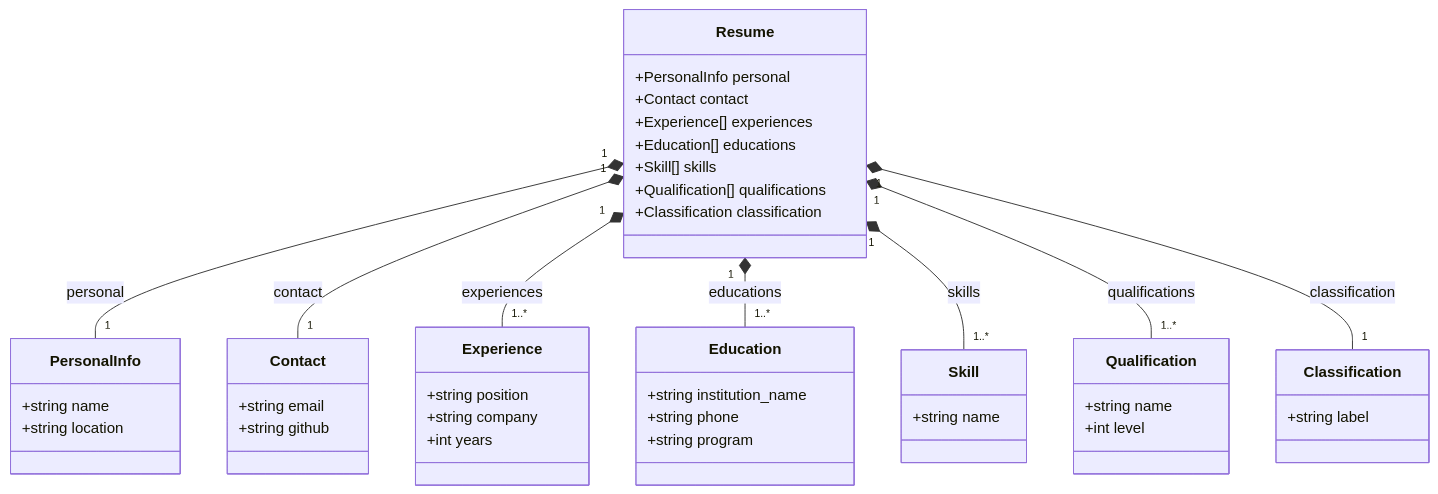
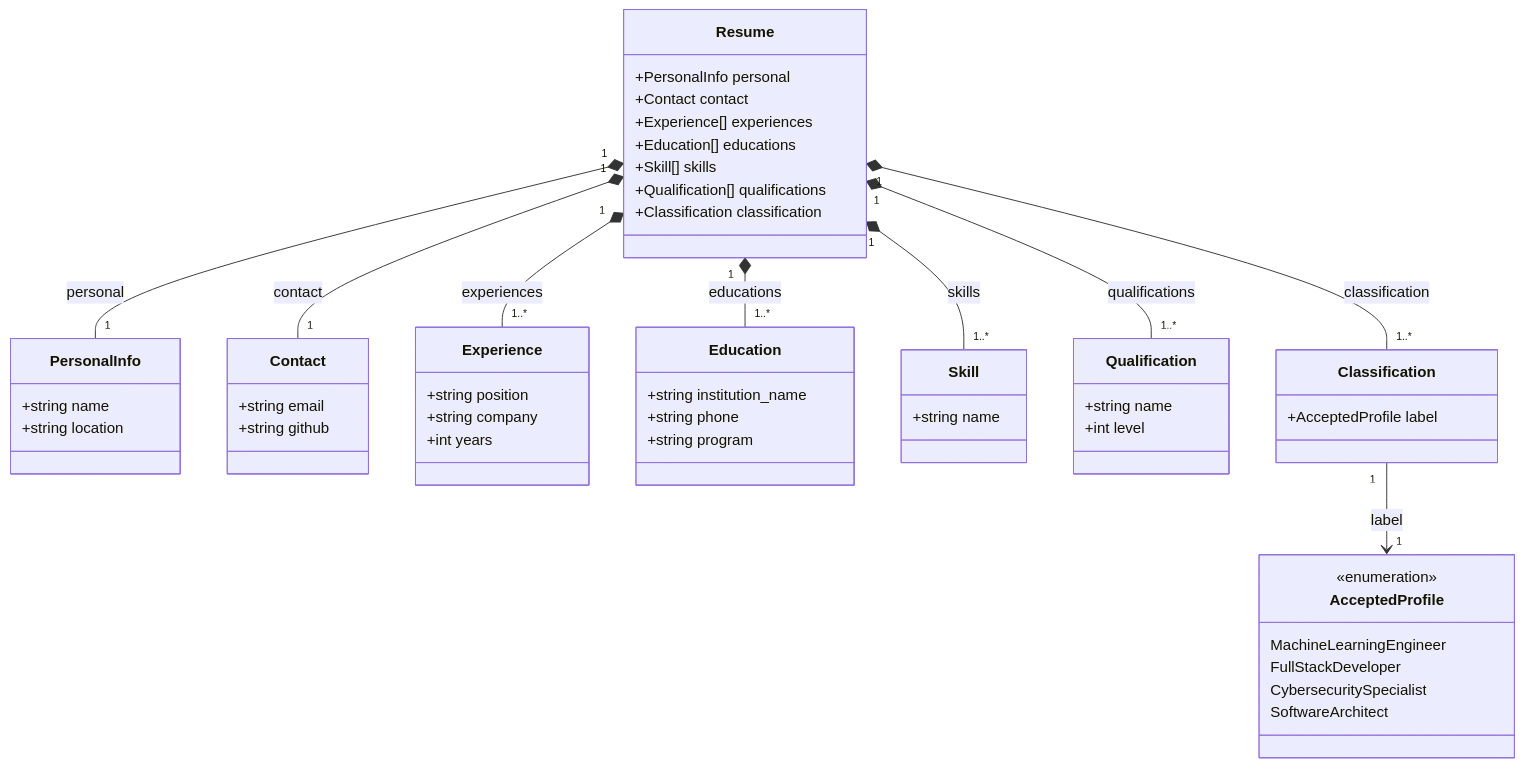
The diagram in doc/resumelens-dls/Metamodel.md (emmanue1909/LeemStarTeam), drawn with Mermaid before and after one commit. The commit also changed other lines of this file and 5 other files, not shown here.

````diff
--- a/doc/resumelens-dls/Metamodel.md
+++ b/doc/resumelens-dls/Metamodel.md
@@ -50,48 +56,55 @@
 ```mermaid
 classDiagram
     class Resume {
         +PersonalInfo personal
         +Contact contact
         +Experience[] experiences
         +Education[] educations
         +Skill[] skills
         +Qualification[] qualifications
         +Classification classification
     }
     class PersonalInfo {
         +string name
         +string location
     }
     class Contact {
         +string email
         +string github
     }
     class Experience {
         +string position
         +string company
         +int years
     }
     class Education {
         +string institution_name
         +string phone
         +string program
     }
     class Skill {
         +string name
     }
     class Qualification {
         +string name
         +int level
     }
-    class Classification {
-        +string label
-    }
-
-    Resume "1" *-- "1" PersonalInfo : personal
+    class Classification { 
+	    +AcceptedProfile label 
+	} 
+	class AcceptedProfile { 
+		<<enumeration>> 
+		MachineLearningEngineer 
+		FullStackDeveloper 
+		CybersecuritySpecialist 
+		SoftwareArchitect 
+	} 
+	Classification "1" --> "1" AcceptedProfile : label
+	Resume "1" *-- "1" PersonalInfo : personal
     Resume "1" *-- "1" Contact : contact
     Resume "1" *-- "1..*" Experience : experiences
     Resume "1" *-- "1..*" Education : educations
     Resume "1" *-- "1..*" Skill : skills
     Resume "1" *-- "1..*" Qualification : qualifications
-    Resume "1" *-- "1" Classification : classification
+    Resume "1" *-- "1..*" Classification : classification
 ```
````
